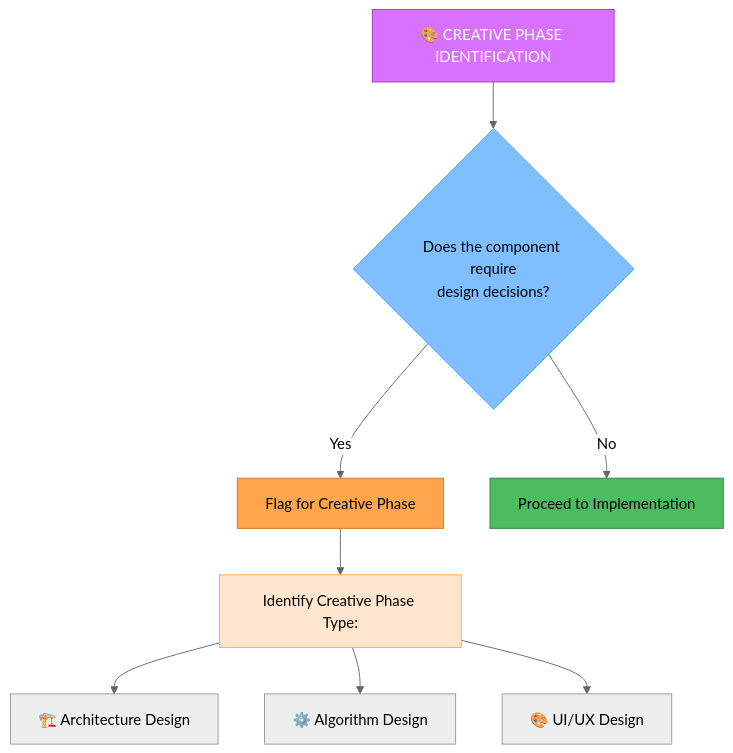
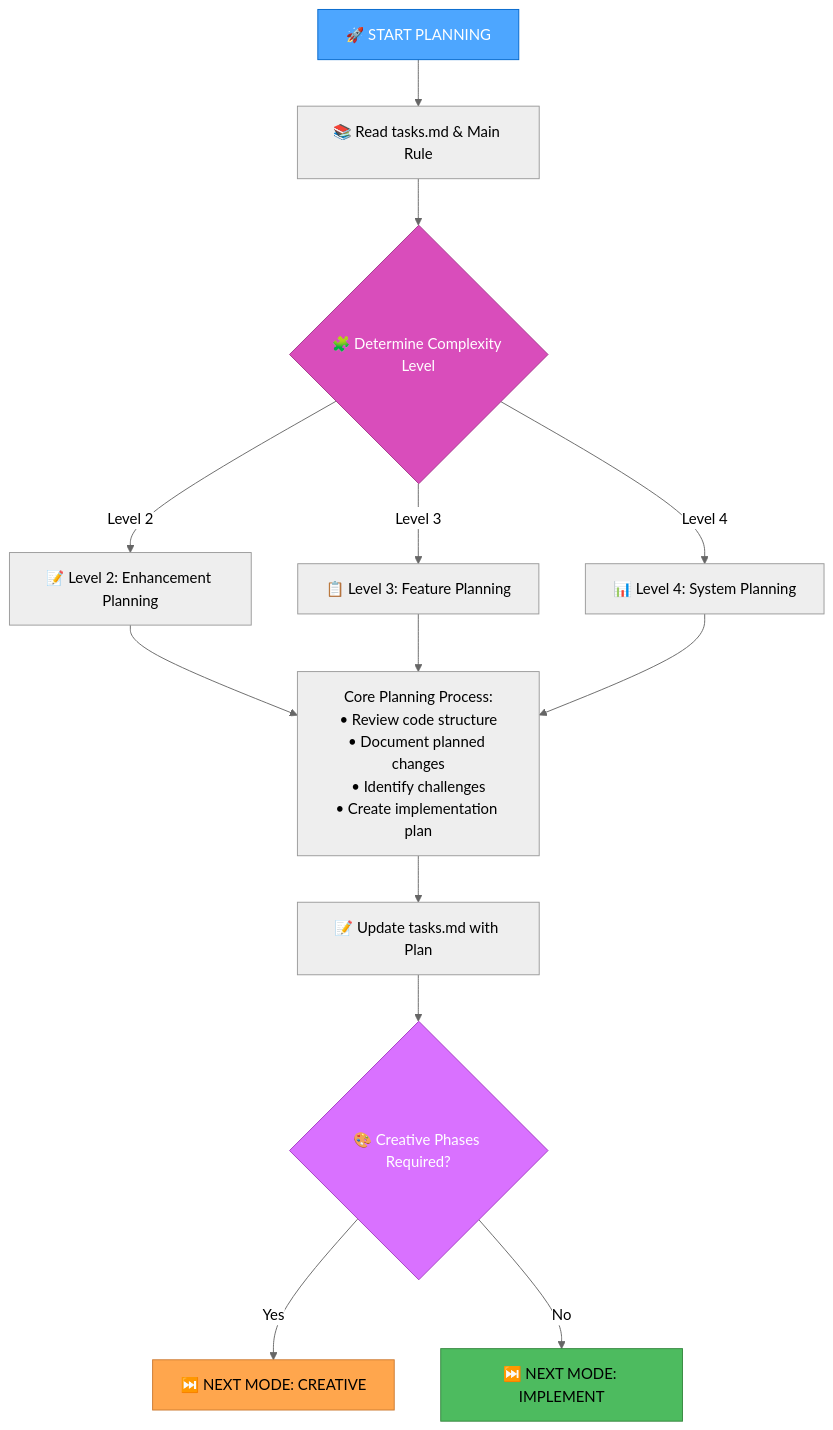
Before and after one commit to zhengguangli/chatbot: the diagram in custom_modes/plan_instructions.md, drawn with Mermaid (neutral theme). The commit also changed other lines of this file and 9 other files, not shown here.

````diff
--- a/custom_modes/plan_instructions.md
+++ b/custom_modes/plan_instructions.md
@@ -186,17 +5,30 @@
 ```mermaid
 graph TD
-    CPI["🎨 CREATIVE PHASE IDENTIFICATION"] --> Question{"Does the component require<br>design decisions?"}
-    Question -->|"Yes"| Identify["Flag for Creative Phase"]
-    Question -->|"No"| Skip["Proceed to Implementation"]
+    Start["🚀 START PLANNING"] --> ReadTasks["📚 Read tasks.md & Main Rule"]
+    ReadTasks --> CheckLevel{"🧩 Determine Complexity Level"}
     
-    Identify --> Types["Identify Creative Phase Type:"]
-    Types --> A["🏗️ Architecture Design"]
-    Types --> B["⚙️ Algorithm Design"]
-    Types --> C["🎨 UI/UX Design"]
+    %% Level-based Planning
+    CheckLevel -->|"Level 2"| L2Planning["📝 Level 2: Enhancement Planning"]
+    CheckLevel -->|"Level 3"| L3Planning["📋 Level 3: Feature Planning"]  
+    CheckLevel -->|"Level 4"| L4Planning["📊 Level 4: System Planning"]
     
-    style CPI fill:#d971ff,stroke:#a33bc2,color:white
-    style Question fill:#80bfff,stroke:#4da6ff,color:black
-    style Identify fill:#ffa64d,stroke:#cc7a30,color:black
-    style Skip fill:#4dbb5f,stroke:#36873f,color:black
-    style Types fill:#ffe6cc,stroke:#ffa64d,color:black
+    %% Core Planning Process
+    L2Planning --> PlanningCore["Core Planning Process:<br>• Review code structure<br>• Document planned changes<br>• Identify challenges<br>• Create implementation plan"]
+    L3Planning --> PlanningCore
+    L4Planning --> PlanningCore
+    
+    %% Creative Phase Check
+    PlanningCore --> UpdateTasks["📝 Update tasks.md with Plan"]
+    UpdateTasks --> CheckCreative{"🎨 Creative Phases Required?"}
+    
+    %% Mode Transitions
+    CheckCreative -->|"Yes"| ToCreative["⏭️ NEXT MODE: CREATIVE"]
+    CheckCreative -->|"No"| ToImplement["⏭️ NEXT MODE: IMPLEMENT"]
+    
+    %% Styling
+    style Start fill:#4da6ff,stroke:#0066cc,color:white
+    style CheckLevel fill:#d94dbb,stroke:#a3378a,color:white
+    style CheckCreative fill:#d971ff,stroke:#a33bc2,color:white
+    style ToCreative fill:#ffa64d,stroke:#cc7a30,color:black
+    style ToImplement fill:#4dbb5f,stroke:#36873f,color:black
 ```
````
